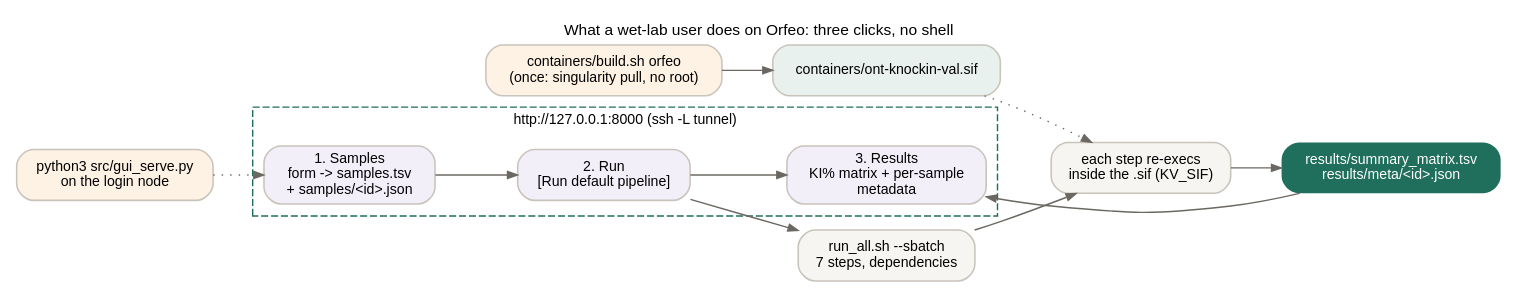
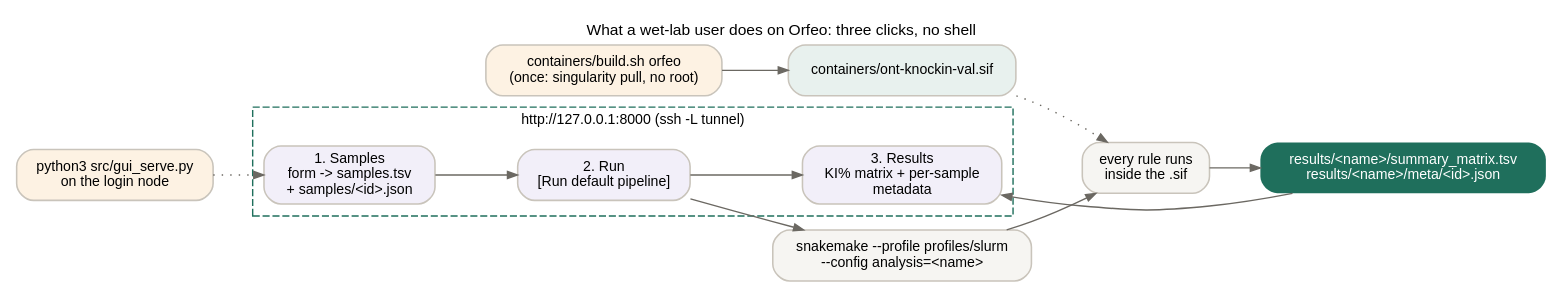
One commit to ssenci97/ONT-CRISPR-knock-in changed the diagram in docs/diagrams/06_console.dot. Above: the diagram before and after it, drawn with Graphviz. The commit also changed 52 other files, not shown here.

```diff
--- a/docs/diagrams/06_console.dot
+++ b/docs/diagrams/06_console.dot
@@ -1,24 +1,24 @@
 digraph console {
   graph [rankdir=LR, bgcolor="white", fontname="Helvetica", fontsize=11, labelloc=t,
          label="What a wet-lab user does on Orfeo: three clicks, no shell"];
   node [fontname="Helvetica", fontsize=10, shape=box, style="rounded,filled", color="#c9c4bb", penwidth=1.1];
   edge [color="#6b6862", arrowsize=0.7];
 
   build [label="containers/build.sh orfeo\n(once: singularity pull, no root)", fillcolor="#fdf2e3"];
   sif [label="containers/ont-knockin-val.sif", fillcolor="#e8f1ee"];
   build -> sif;
 
   serve [label="python3 src/gui_serve.py\non the login node", fillcolor="#fdf2e3"];
   subgraph cluster_gui {
     label="http://127.0.0.1:8000 (ssh -L tunnel)"; fontname="Helvetica"; fontsize=10; color="#1f6f5c"; style=dashed;
     t1 [label="1. Samples\nform -> samples.tsv\n+ samples/<id>.json", fillcolor="#f2eff9"];
     t2 [label="2. Run\n[Run default pipeline]", fillcolor="#f2eff9"];
     t3 [label="3. Results\nKI% matrix + per-sample\nmetadata", fillcolor="#f2eff9"];
   }
   serve -> t1 [style=dotted]; t1 -> t2 -> t3;
 
-  sb [label="run_all.sh --sbatch\n7 steps, dependencies", fillcolor="#f6f5f2"];
-  steps [label="each step re-execs\ninside the .sif (KV_SIF)", fillcolor="#f6f5f2"];
-  out [label="results/summary_matrix.tsv\nresults/meta/<id>.json", fillcolor="#1f6f5c", fontcolor="white", penwidth=0];
+  sb [label="snakemake --profile profiles/slurm\n--config analysis=<name>", fillcolor="#f6f5f2"];
+  steps [label="every rule runs\ninside the .sif", fillcolor="#f6f5f2"];
+  out [label="results/<name>/summary_matrix.tsv\nresults/<name>/meta/<id>.json", fillcolor="#1f6f5c", fontcolor="white", penwidth=0];
   t2 -> sb -> steps -> out; sif -> steps [style=dotted]; out -> t3 [constraint=false];
 }
```
